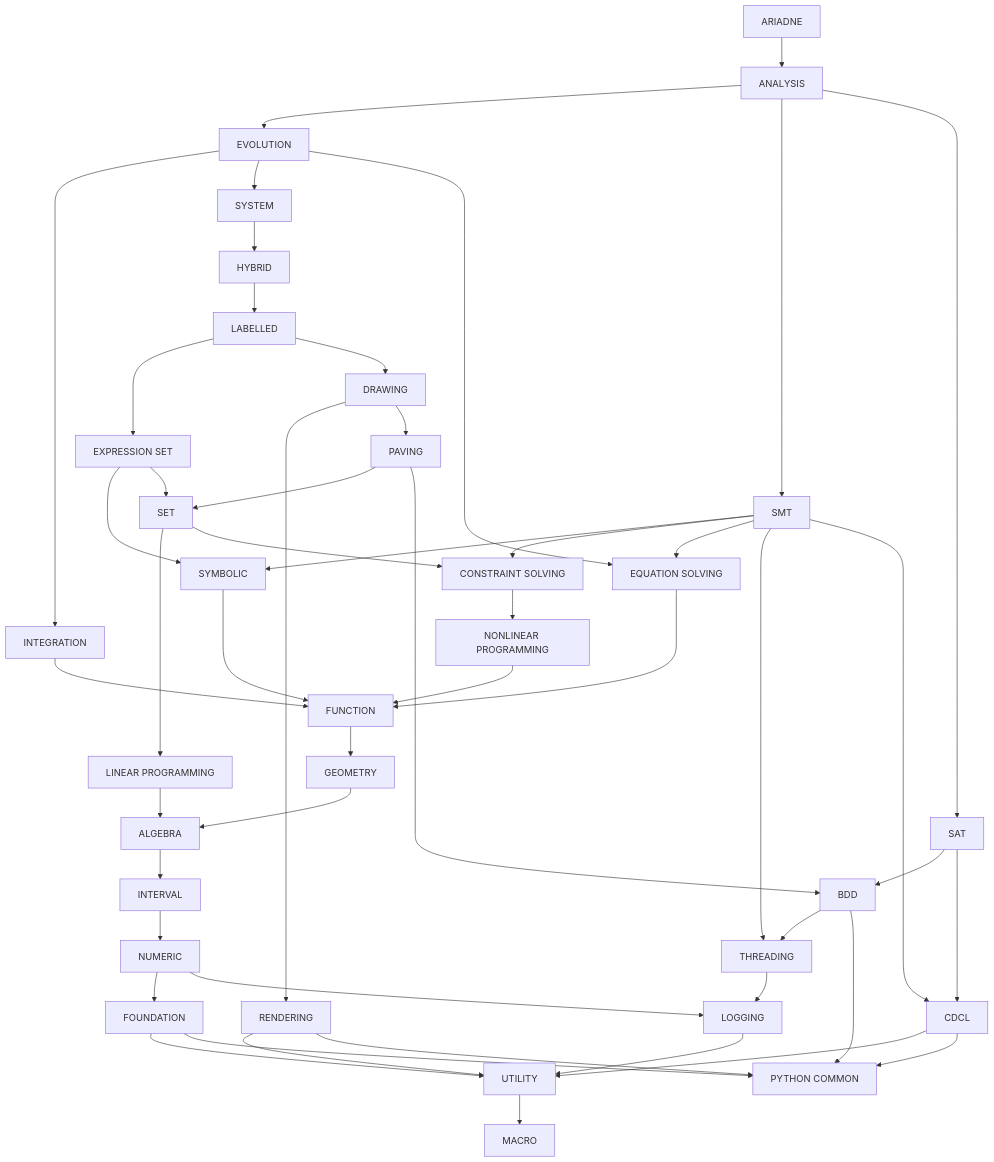
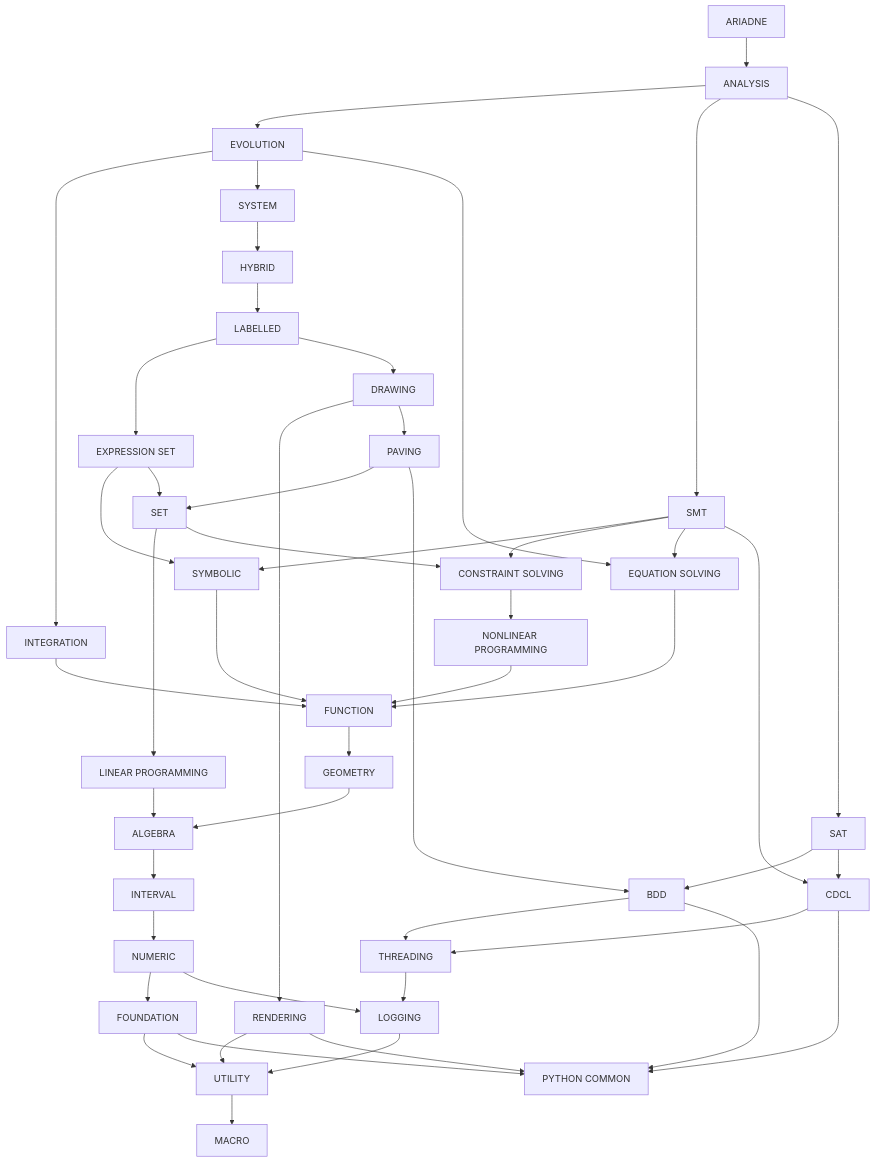
Before and after one commit to ariadne-cps/ariadne: the diagram in doc/structure.md, drawn with Mermaid. The commit also changed other lines of this file, not shown here.

Commit message:
docs: add threading dependency to cdcl structure graph

```diff
--- a/doc/structure.md
+++ b/doc/structure.md
@@ -60,7 +60,6 @@
     smt --> symbolic
     smt --> constraint_solving
     smt --> equation_solving
-    smt --> threading
     smt --> cdcl
     sat --> bdd
     sat --> cdcl
@@ -79,7 +78,7 @@
     rendering --> python_common
     bdd --> threading
     bdd --> python_common
-    cdcl --> utility
+    cdcl --> threading
     cdcl --> python_common
     threading --> logging
     logging --> utility
```
